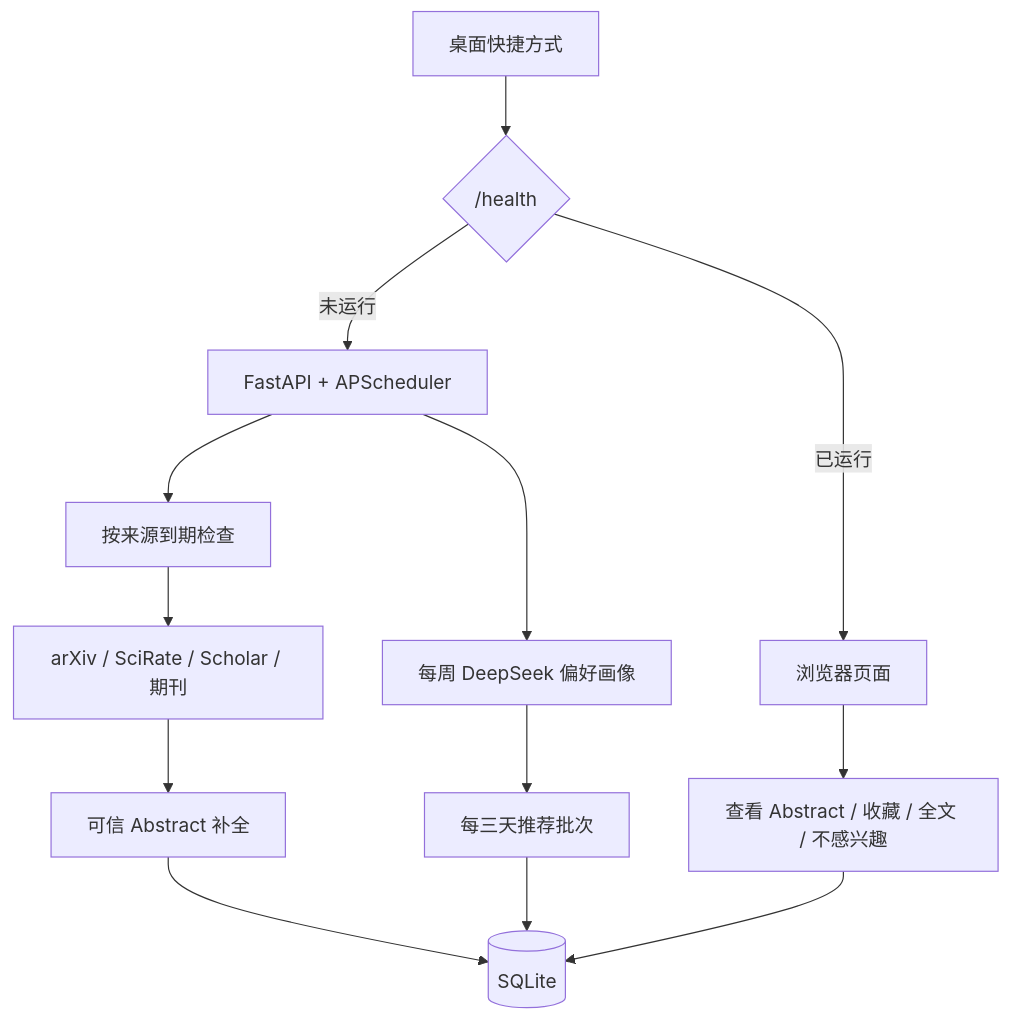
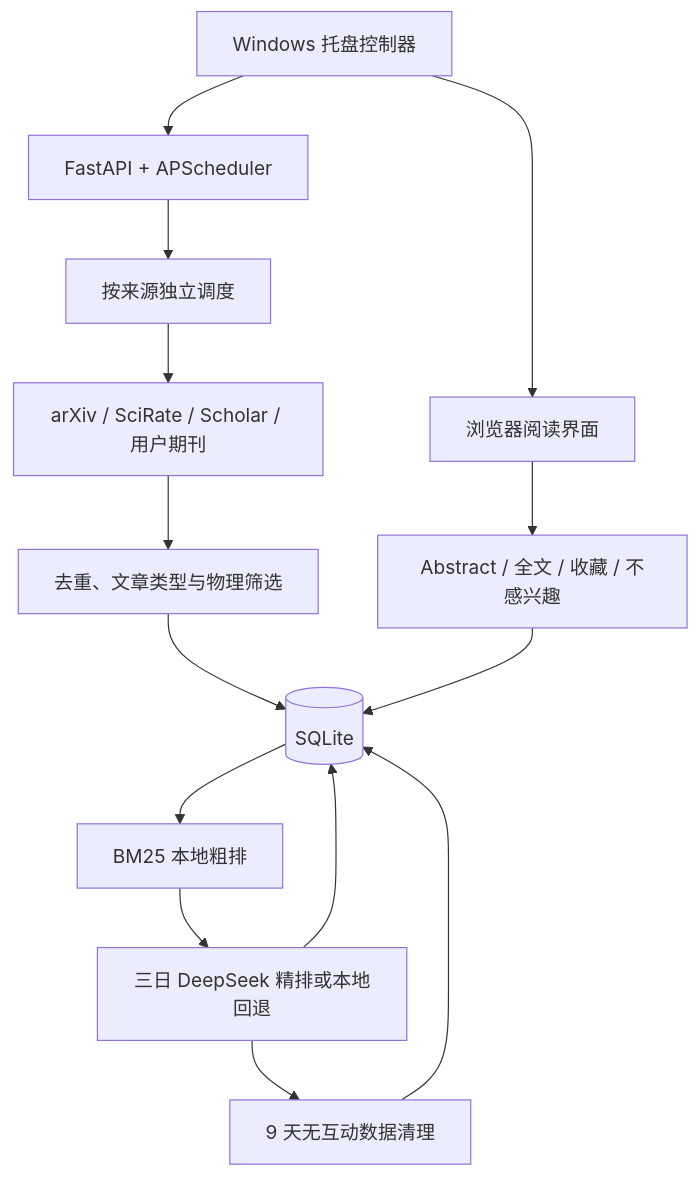
One commit to yuand17/arxiv-article-updater changed the diagram in docs/architecture.md. Above: the diagram before and after it, drawn with Mermaid. The commit also changed other lines of this file and 43 other files, not shown here.

````diff
--- a/docs/architecture.md
+++ b/docs/architecture.md
@@ -3,15 +3,16 @@
 ```mermaid
 flowchart TD
-    D["桌面快捷方式"] --> H{"/health"}
-    H -->|"未运行"| A["FastAPI + APScheduler"]
-    H -->|"已运行"| B["浏览器页面"]
-    A --> S["按来源到期检查"]
-    S --> X["arXiv / SciRate / Scholar / 期刊"]
-    X --> E["可信 Abstract 补全"]
-    E --> DB[("SQLite")]
-    B --> I["查看 Abstract / 收藏 / 全文 / 不感兴趣"]
+    C["Windows 托盘控制器"] --> W["FastAPI + APScheduler"]
+    C --> B["浏览器阅读界面"]
+    W --> S["按来源独立调度"]
+    S --> X["arXiv / SciRate / Scholar / 用户期刊"]
+    X --> F["去重、文章类型与物理筛选"]
+    F --> DB[("SQLite")]
+    DB --> L["BM25 本地粗排"]
+    L --> R["三日 DeepSeek 精排或本地回退"]
+    R --> DB
+    B --> I["Abstract / 全文 / 收藏 / 不感兴趣"]
     I --> DB
-    A --> P["每周 DeepSeek 偏好画像"]
-    P --> R["每三天推荐批次"]
-    R --> DB
+    R --> K["9 天无互动数据清理"]
+    K --> DB
 ```
````
